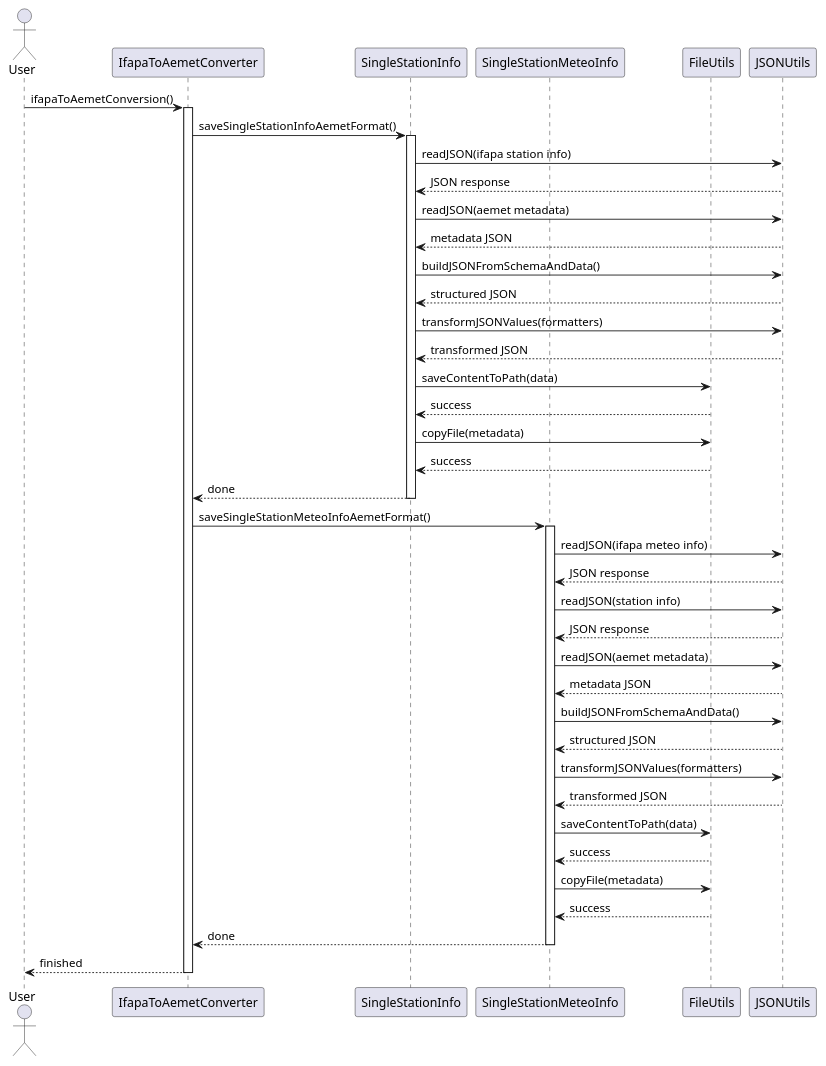
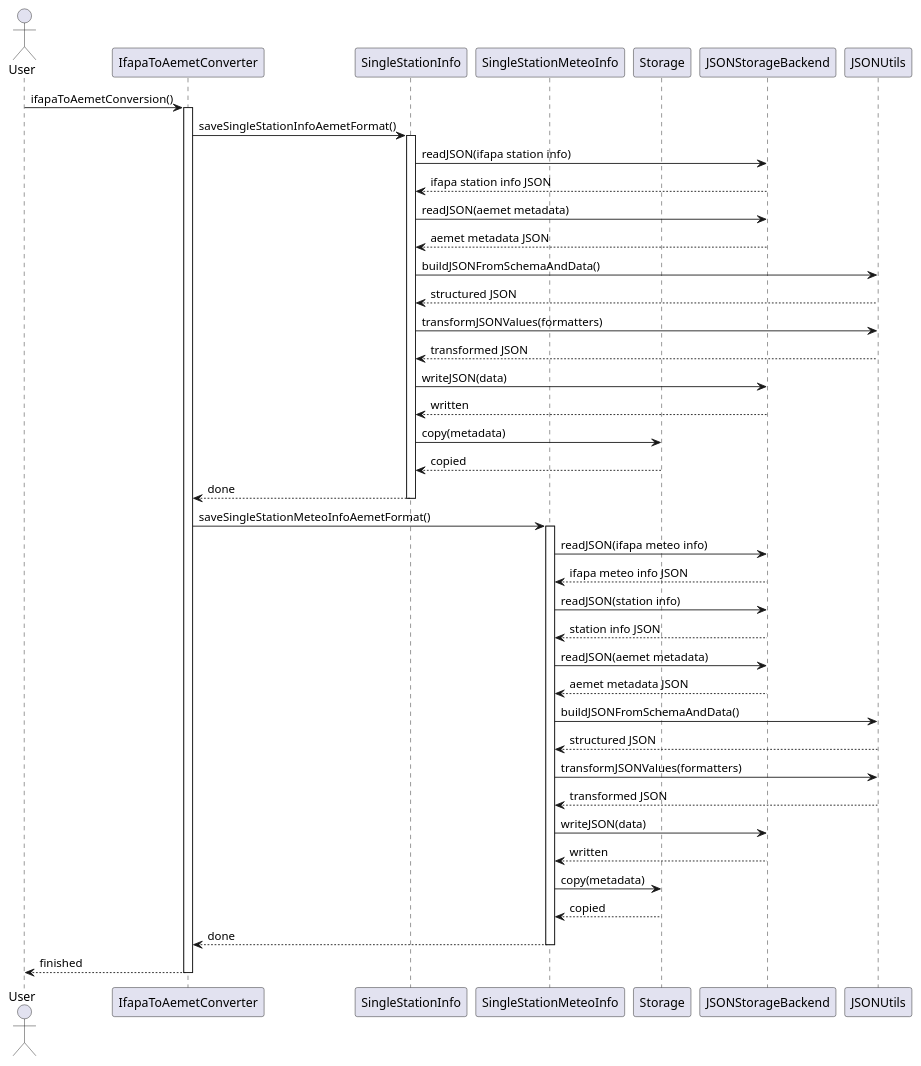
Before and after one commit to cfkr-dev/aemet_spark_study: the diagram in big-data-core/documentation/plantuml/data_extraction/ifapa/data_conversion_execution.plantuml, drawn with PlantUML. The commit also changed 24 other files, not shown here.

Commit message:
Main projects diagrams refactor

```diff
--- a/big-data-core/documentation/plantuml/data_extraction/ifapa/data_conversion_execution.plantuml
+++ b/big-data-core/documentation/plantuml/data_extraction/ifapa/data_conversion_execution.plantuml
@@ -1,53 +1,54 @@
 @startuml
 actor User
 
 participant "IfapaToAemetConverter" as IFAPA_TO_AEMET_CONVERTER
 participant "SingleStationInfo" as SINGLE_STATION_INFO
 participant "SingleStationMeteoInfo" as SINGLE_STATION_METEO_INFO
-participant "FileUtils" as FILE_UTILS
+participant "Storage" as STORAGE
+participant "JSONStorageBackend" as JSON_STORAGE_BACKEND
 participant "JSONUtils" as JSON_UTILS
 
 User -> IFAPA_TO_AEMET_CONVERTER : ifapaToAemetConversion()
 activate IFAPA_TO_AEMET_CONVERTER
 
 '--- Convert Station Info ---
 IFAPA_TO_AEMET_CONVERTER -> SINGLE_STATION_INFO : saveSingleStationInfoAemetFormat()
 activate SINGLE_STATION_INFO
-SINGLE_STATION_INFO -> JSON_UTILS : readJSON(ifapa station info)
-JSON_UTILS --> SINGLE_STATION_INFO : JSON response
-SINGLE_STATION_INFO -> JSON_UTILS : readJSON(aemet metadata)
-JSON_UTILS --> SINGLE_STATION_INFO : metadata JSON
+SINGLE_STATION_INFO -> JSON_STORAGE_BACKEND : readJSON(ifapa station info)
+JSON_STORAGE_BACKEND --> SINGLE_STATION_INFO : ifapa station info JSON
+SINGLE_STATION_INFO -> JSON_STORAGE_BACKEND : readJSON(aemet metadata)
+JSON_STORAGE_BACKEND --> SINGLE_STATION_INFO : aemet metadata JSON
 SINGLE_STATION_INFO -> JSON_UTILS : buildJSONFromSchemaAndData()
 JSON_UTILS --> SINGLE_STATION_INFO : structured JSON
 SINGLE_STATION_INFO -> JSON_UTILS : transformJSONValues(formatters)
 JSON_UTILS --> SINGLE_STATION_INFO : transformed JSON
-SINGLE_STATION_INFO -> FILE_UTILS : saveContentToPath(data)
-FILE_UTILS --> SINGLE_STATION_INFO : success
-SINGLE_STATION_INFO -> FILE_UTILS : copyFile(metadata)
-FILE_UTILS --> SINGLE_STATION_INFO : success
+SINGLE_STATION_INFO -> JSON_STORAGE_BACKEND : writeJSON(data)
+JSON_STORAGE_BACKEND --> SINGLE_STATION_INFO : written
+SINGLE_STATION_INFO -> STORAGE : copy(metadata)
+STORAGE --> SINGLE_STATION_INFO : copied
 SINGLE_STATION_INFO --> IFAPA_TO_AEMET_CONVERTER : done
 deactivate SINGLE_STATION_INFO
 
 '--- Convert Meteo Info ---
 IFAPA_TO_AEMET_CONVERTER -> SINGLE_STATION_METEO_INFO : saveSingleStationMeteoInfoAemetFormat()
 activate SINGLE_STATION_METEO_INFO
-SINGLE_STATION_METEO_INFO -> JSON_UTILS : readJSON(ifapa meteo info)
-JSON_UTILS --> SINGLE_STATION_METEO_INFO : JSON response
-SINGLE_STATION_METEO_INFO -> JSON_UTILS : readJSON(station info)
-JSON_UTILS --> SINGLE_STATION_METEO_INFO : JSON response
-SINGLE_STATION_METEO_INFO -> JSON_UTILS : readJSON(aemet metadata)
-JSON_UTILS --> SINGLE_STATION_METEO_INFO : metadata JSON
+SINGLE_STATION_METEO_INFO -> JSON_STORAGE_BACKEND : readJSON(ifapa meteo info)
+JSON_STORAGE_BACKEND --> SINGLE_STATION_METEO_INFO : ifapa meteo info JSON
+SINGLE_STATION_METEO_INFO -> JSON_STORAGE_BACKEND : readJSON(station info)
+JSON_STORAGE_BACKEND --> SINGLE_STATION_METEO_INFO : station info JSON
+SINGLE_STATION_METEO_INFO -> JSON_STORAGE_BACKEND : readJSON(aemet metadata)
+JSON_STORAGE_BACKEND --> SINGLE_STATION_METEO_INFO : aemet metadata JSON
 SINGLE_STATION_METEO_INFO -> JSON_UTILS : buildJSONFromSchemaAndData()
 JSON_UTILS --> SINGLE_STATION_METEO_INFO : structured JSON
 SINGLE_STATION_METEO_INFO -> JSON_UTILS : transformJSONValues(formatters)
 JSON_UTILS --> SINGLE_STATION_METEO_INFO : transformed JSON
-SINGLE_STATION_METEO_INFO -> FILE_UTILS : saveContentToPath(data)
-FILE_UTILS --> SINGLE_STATION_METEO_INFO : success
-SINGLE_STATION_METEO_INFO -> FILE_UTILS : copyFile(metadata)
-FILE_UTILS --> SINGLE_STATION_METEO_INFO : success
+SINGLE_STATION_METEO_INFO -> JSON_STORAGE_BACKEND : writeJSON(data)
+JSON_STORAGE_BACKEND --> SINGLE_STATION_METEO_INFO : written
+SINGLE_STATION_METEO_INFO -> STORAGE : copy(metadata)
+STORAGE --> SINGLE_STATION_METEO_INFO : copied
 SINGLE_STATION_METEO_INFO --> IFAPA_TO_AEMET_CONVERTER : done
 deactivate SINGLE_STATION_METEO_INFO
 
 IFAPA_TO_AEMET_CONVERTER --> User : finished
 deactivate IFAPA_TO_AEMET_CONVERTER
 @enduml
```
